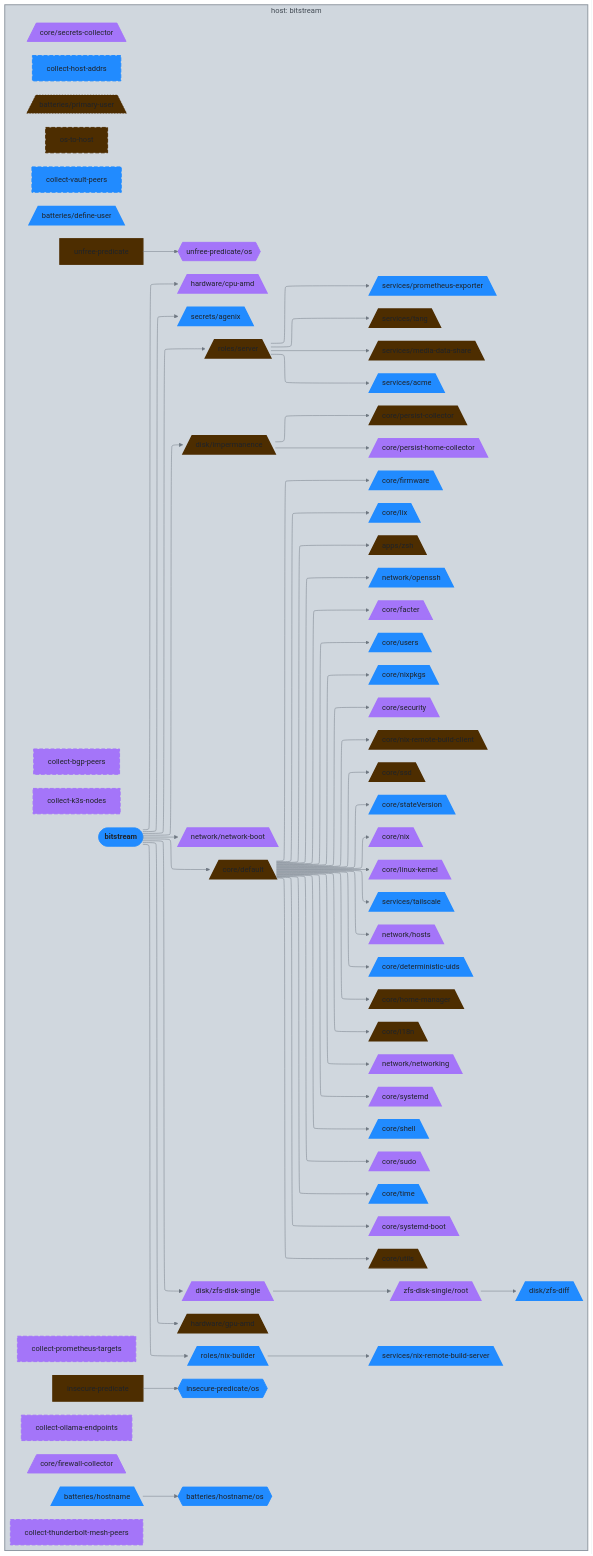
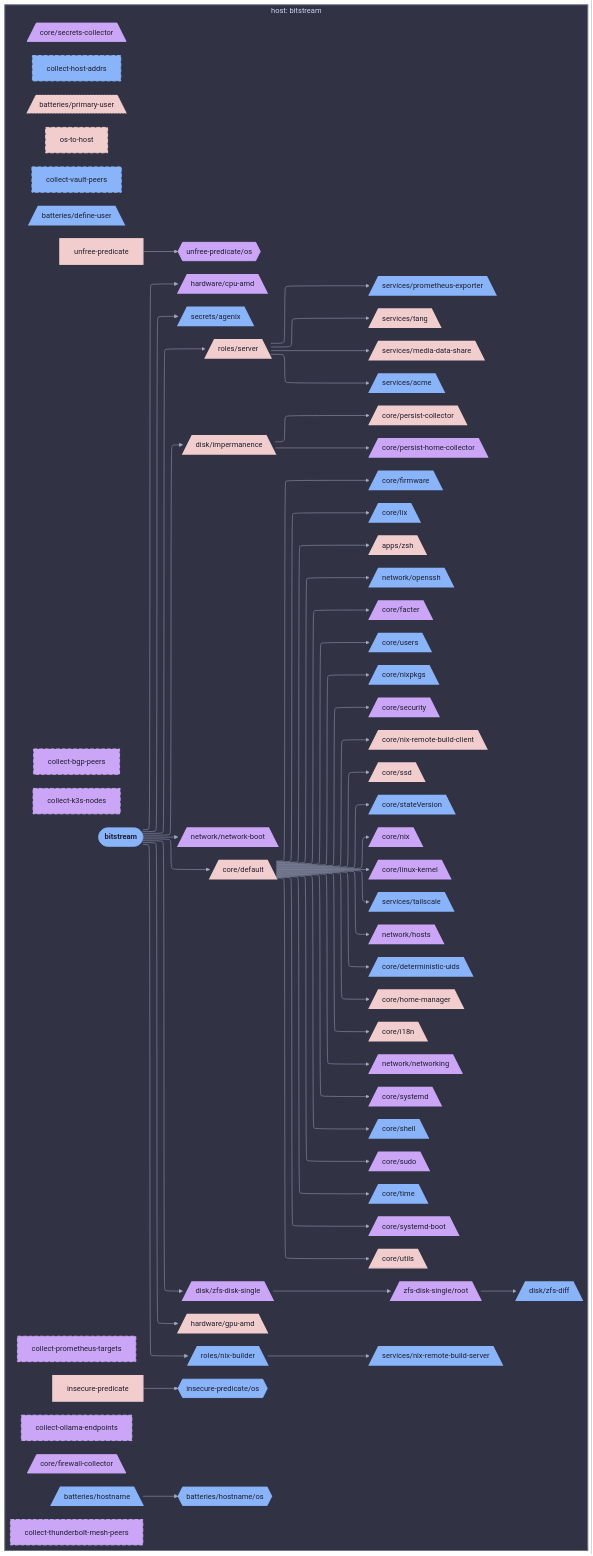
One commit to sini/nix-config changed the diagram in diagrams/hosts/bitstream/aspects.md. Above: the diagram before and after it, drawn with Mermaid. The commit also changed 142 other files, not shown here.

First line of the commit message:
feat(diagrams): use projectScope for per-host/user views

````diff
--- a/diagrams/hosts/bitstream/aspects.md
+++ b/diagrams/hosts/bitstream/aspects.md
@@ -5,5 +5,5 @@
 ```mermaid
-%%{init: {"elk":{"mergeEdges":true,"nodePlacementStrategy":"BRANDES_KOEPF"},"flowchart":{"wrappingWidth":600},"layout":"elk","theme":"base","themeVariables":{"activationBkgColor":"#d0d7de","activationBorderColor":"#8c959f","actorBkg":"#d0d7de","actorBorder":"#6e7781","actorLineColor":"#6e7781","actorTextColor":"#424a53","background":"#eaeef2","classText":"#424a53","clusterBkg":"#d0d7de","clusterBorder":"#8c959f","edgeLabelBackground":"#eaeef2","labelBoxBkgColor":"#d0d7de","labelBoxBorderColor":"#6e7781","labelTextColor":"#424a53","lineColor":"#6e7781","loopTextColor":"#424a53","mainBkg":"#d0d7de","nodeBkg":"#d0d7de","nodeBorder":"#6e7781","nodeTextColor":"#424a53","noteBkgColor":"#d0d7de","noteBorderColor":"#8c959f","noteTextColor":"#424a53","pie1":"#fa4549","pie2":"#e16f24","pie3":"#bf8700","pie4":"#2da44e","pie5":"#339D9B","pie6":"#218bff","pie7":"#a475f9","pie8":"#4d2d00","pieLegendTextColor":"#424a53","pieOuterStrokeColor":"#8c959f","pieSectionTextColor":"#424a53","pieStrokeColor":"#8c959f","pieTitleTextColor":"#424a53","primaryBorderColor":"#6e7781","primaryColor":"#d0d7de","primaryTextColor":"#424a53","secondBkg":"#d0d7de","secondaryBorderColor":"#8c959f","secondaryColor":"#d0d7de","secondaryTextColor":"#424a53","sequenceNumberColor":"#eaeef2","signalColor":"#6e7781","signalTextColor":"#424a53","tertiaryBorderColor":"#8c959f","tertiaryColor":"#d0d7de","tertiaryTextColor":"#424a53","textColor":"#424a53","titleColor":"#424a53"}}}%%
+%%{init: {"elk":{"mergeEdges":true,"nodePlacementStrategy":"BRANDES_KOEPF"},"flowchart":{"wrappingWidth":600},"layout":"elk","theme":"base","themeVariables":{"activationBkgColor":"#313244","activationBorderColor":"#6c7086","actorBkg":"#313244","actorBorder":"#a6adc8","actorLineColor":"#a6adc8","actorTextColor":"#cdd6f4","background":"#1e1e2e","classText":"#cdd6f4","clusterBkg":"#313244","clusterBorder":"#6c7086","edgeLabelBackground":"#1e1e2e","labelBoxBkgColor":"#313244","labelBoxBorderColor":"#a6adc8","labelTextColor":"#cdd6f4","lineColor":"#a6adc8","loopTextColor":"#cdd6f4","mainBkg":"#313244","nodeBkg":"#313244","nodeBorder":"#a6adc8","nodeTextColor":"#cdd6f4","noteBkgColor":"#313244","noteBorderColor":"#6c7086","noteTextColor":"#cdd6f4","pie1":"#f38ba8","pie2":"#fab387","pie3":"#f9e2af","pie4":"#a6e3a1","pie5":"#94e2d5","pie6":"#89b4fa","pie7":"#cba6f7","pie8":"#f2cdcd","pieLegendTextColor":"#cdd6f4","pieOuterStrokeColor":"#6c7086","pieSectionTextColor":"#cdd6f4","pieStrokeColor":"#6c7086","pieTitleTextColor":"#cdd6f4","primaryBorderColor":"#a6adc8","primaryColor":"#313244","primaryTextColor":"#cdd6f4","secondBkg":"#313244","secondaryBorderColor":"#6c7086","secondaryColor":"#313244","secondaryTextColor":"#cdd6f4","sequenceNumberColor":"#1e1e2e","signalColor":"#a6adc8","signalTextColor":"#cdd6f4","tertiaryBorderColor":"#6c7086","tertiaryColor":"#313244","tertiaryTextColor":"#cdd6f4","textColor":"#cdd6f4","titleColor":"#cdd6f4"}}}%%
 graph LR
   bitstream([bitstream]):::root
 
@@ -118,76 +118,76 @@
   end
 
 
-  classDef root fill:#218bff,stroke:#218bff,color:#1f2328,font-weight:bold
-  classDef services__acme_c fill:#218bff,stroke:#218bff,color:#1f2328,stroke-width:3px
-  classDef secrets__agenix_c fill:#218bff,stroke:#218bff,color:#1f2328,stroke-width:3px
-  classDef apps_c fill:#2da44e,stroke:#2da44e,color:#1f2328,stroke-dasharray: 3 3,stroke-width:1px
-  classDef bitstream_c fill:#a475f9,stroke:#a475f9,color:#1f2328,stroke-width:3px
-  classDef collect_bgp_peers_c fill:#a475f9,stroke:#a475f9,color:#1f2328,stroke-width:2px,stroke-dasharray: 8 4
-  classDef collect_host_addrs_c fill:#218bff,stroke:#218bff,color:#1f2328,stroke-width:2px,stroke-dasharray: 8 4
-  classDef collect_k3s_nodes_c fill:#a475f9,stroke:#a475f9,color:#1f2328,stroke-width:2px,stroke-dasharray: 8 4
-  classDef collect_ollama_endpoints_c fill:#a475f9,stroke:#a475f9,color:#1f2328,stroke-width:2px,stroke-dasharray: 8 4
-  classDef collect_prometheus_targets_c fill:#a475f9,stroke:#a475f9,color:#1f2328,stroke-width:2px,stroke-dasharray: 8 4
-  classDef collect_thunderbolt_mesh_peers_c fill:#a475f9,stroke:#a475f9,color:#1f2328,stroke-width:2px,stroke-dasharray: 8 4
-  classDef collect_vault_peers_c fill:#218bff,stroke:#218bff,color:#1f2328,stroke-width:2px,stroke-dasharray: 8 4
-  classDef core_c fill:#bf8700,stroke:#bf8700,color:#1f2328,stroke-dasharray: 3 3,stroke-width:1px
-  classDef hardware__cpu_amd_c fill:#a475f9,stroke:#a475f9,color:#1f2328,stroke-width:3px
-  classDef core__default_c fill:#4d2d00,stroke:#4d2d00,color:#1f2328,stroke-width:3px
-  classDef den__batteries__define_user_c fill:#218bff,stroke:#218bff,color:#1f2328,stroke-width:3px
-  classDef core__deterministic_uids_c fill:#218bff,stroke:#218bff,color:#1f2328,stroke-width:3px
-  classDef disk_c fill:#2da44e,stroke:#2da44e,color:#1f2328,stroke-dasharray: 3 3,stroke-width:1px
-  classDef core__facter_c fill:#a475f9,stroke:#a475f9,color:#1f2328,stroke-width:3px
-  classDef core__firewall_collector_c fill:#a475f9,stroke:#a475f9,color:#1f2328,stroke-width:2px
-  classDef core__firmware_c fill:#218bff,stroke:#218bff,color:#1f2328,stroke-width:3px
-  classDef hardware__gpu_amd_c fill:#4d2d00,stroke:#4d2d00,color:#1f2328,stroke-width:3px
-  classDef hardware_c fill:#2da44e,stroke:#2da44e,color:#1f2328,stroke-dasharray: 3 3,stroke-width:1px
-  classDef core__home_manager_c fill:#4d2d00,stroke:#4d2d00,color:#1f2328,stroke-width:3px
-  classDef den__batteries__hostname_c fill:#218bff,stroke:#218bff,color:#1f2328,stroke-width:3px
-  classDef den__batteries__hostname__os_c fill:#218bff,stroke:#218bff,color:#1f2328,stroke-width:2px
-  classDef network__hosts_c fill:#a475f9,stroke:#a475f9,color:#1f2328,stroke-width:3px
-  classDef core__i18n_c fill:#4d2d00,stroke:#4d2d00,color:#1f2328,stroke-width:3px
-  classDef disk__impermanence_c fill:#4d2d00,stroke:#4d2d00,color:#1f2328,stroke-width:3px
-  classDef insecure_predicate_c fill:#4d2d00,stroke:#4d2d00,color:#1f2328,stroke-width:3px
-  classDef insecure_predicate__os_c fill:#218bff,stroke:#218bff,color:#1f2328,stroke-width:2px
-  classDef core__linux_kernel_c fill:#a475f9,stroke:#a475f9,color:#1f2328,stroke-width:3px
-  classDef core__lix_c fill:#218bff,stroke:#218bff,color:#1f2328,stroke-width:3px
-  classDef services__media_data_share_c fill:#4d2d00,stroke:#4d2d00,color:#1f2328,stroke-width:3px
-  classDef network_c fill:#e16f24,stroke:#e16f24,color:#1f2328,stroke-dasharray: 3 3,stroke-width:1px
-  classDef network__network_boot_c fill:#a475f9,stroke:#a475f9,color:#1f2328,stroke-width:3px
-  classDef network__networking_c fill:#a475f9,stroke:#a475f9,color:#1f2328,stroke-width:3px
-  classDef core__nix_c fill:#a475f9,stroke:#a475f9,color:#1f2328,stroke-width:3px
-  classDef roles__nix_builder_c fill:#218bff,stroke:#218bff,color:#1f2328,stroke-width:3px
-  classDef core__nix_remote_build_client_c fill:#4d2d00,stroke:#4d2d00,color:#1f2328,stroke-width:3px
-  classDef services__nix_remote_build_server_c fill:#218bff,stroke:#218bff,color:#1f2328,stroke-width:3px
-  classDef core__nixpkgs_c fill:#218bff,stroke:#218bff,color:#1f2328,stroke-width:3px
-  classDef network__openssh_c fill:#218bff,stroke:#218bff,color:#1f2328,stroke-width:3px
-  classDef os_to_host_c fill:#4d2d00,stroke:#4d2d00,color:#1f2328,stroke-width:2px,stroke-dasharray: 8 4
-  classDef core__persist_collector_c fill:#4d2d00,stroke:#4d2d00,color:#1f2328,stroke-width:3px
-  classDef core__persist_home_collector_c fill:#a475f9,stroke:#a475f9,color:#1f2328,stroke-width:3px
-  classDef den__batteries__primary_user_c fill:#4d2d00,stroke:#4d2d00,color:#1f2328,stroke-dasharray: 3 3,stroke-width:1px
-  classDef services__prometheus_exporter_c fill:#218bff,stroke:#218bff,color:#1f2328,stroke-width:3px
-  classDef roles_c fill:#2da44e,stroke:#2da44e,color:#1f2328,stroke-dasharray: 3 3,stroke-width:1px
-  classDef disk__zfs_disk_single__root_c fill:#a475f9,stroke:#a475f9,color:#1f2328,stroke-width:3px
-  classDef secrets_c fill:#bf8700,stroke:#bf8700,color:#1f2328,stroke-dasharray: 3 3,stroke-width:1px
-  classDef core__secrets_collector_c fill:#a475f9,stroke:#a475f9,color:#1f2328,stroke-width:2px
-  classDef core__security_c fill:#a475f9,stroke:#a475f9,color:#1f2328,stroke-width:3px
-  classDef roles__server_c fill:#4d2d00,stroke:#4d2d00,color:#1f2328,stroke-width:3px
-  classDef services_c fill:#2da44e,stroke:#2da44e,color:#1f2328,stroke-dasharray: 3 3,stroke-width:1px
-  classDef core__shell_c fill:#218bff,stroke:#218bff,color:#1f2328,stroke-width:3px
-  classDef core__ssd_c fill:#4d2d00,stroke:#4d2d00,color:#1f2328,stroke-width:3px
-  classDef core__stateVersion_c fill:#218bff,stroke:#218bff,color:#1f2328,stroke-width:3px
-  classDef core__sudo_c fill:#a475f9,stroke:#a475f9,color:#1f2328,stroke-width:3px
-  classDef core__systemd_c fill:#a475f9,stroke:#a475f9,color:#1f2328,stroke-width:3px
-  classDef core__systemd_boot_c fill:#a475f9,stroke:#a475f9,color:#1f2328,stroke-width:3px
-  classDef services__tailscale_c fill:#218bff,stroke:#218bff,color:#1f2328,stroke-width:3px
-  classDef services__tang_c fill:#4d2d00,stroke:#4d2d00,color:#1f2328,stroke-width:3px
-  classDef core__time_c fill:#218bff,stroke:#218bff,color:#1f2328,stroke-width:3px
-  classDef unfree_predicate_c fill:#4d2d00,stroke:#4d2d00,color:#1f2328,stroke-width:3px
-  classDef unfree_predicate__os_c fill:#a475f9,stroke:#a475f9,color:#1f2328,stroke-width:2px
-  classDef core__users_c fill:#218bff,stroke:#218bff,color:#1f2328,stroke-width:3px
-  classDef core__utils_c fill:#4d2d00,stroke:#4d2d00,color:#1f2328,stroke-width:3px
-  classDef disk__zfs_diff_c fill:#218bff,stroke:#218bff,color:#1f2328,stroke-width:3px
-  classDef disk__zfs_disk_single_c fill:#a475f9,stroke:#a475f9,color:#1f2328,stroke-width:3px
-  classDef apps__zsh_c fill:#4d2d00,stroke:#4d2d00,color:#1f2328,stroke-width:3px
-style ctx_host_bitstream fill:#d0d7de,stroke:#8c959f,stroke-width:2px
+  classDef root fill:#89b4fa,stroke:#89b4fa,color:#1e1e2e,font-weight:bold
+  classDef services__acme_c fill:#89b4fa,stroke:#89b4fa,color:#1e1e2e,stroke-width:3px
+  classDef secrets__agenix_c fill:#89b4fa,stroke:#89b4fa,color:#1e1e2e,stroke-width:3px
+  classDef apps_c fill:#a6e3a1,stroke:#a6e3a1,color:#1e1e2e,stroke-dasharray: 3 3,stroke-width:1px
+  classDef bitstream_c fill:#cba6f7,stroke:#cba6f7,color:#1e1e2e,stroke-width:3px
+  classDef collect_bgp_peers_c fill:#cba6f7,stroke:#cba6f7,color:#1e1e2e,stroke-width:2px,stroke-dasharray: 8 4
+  classDef collect_host_addrs_c fill:#89b4fa,stroke:#89b4fa,color:#1e1e2e,stroke-width:2px,stroke-dasharray: 8 4
+  classDef collect_k3s_nodes_c fill:#cba6f7,stroke:#cba6f7,color:#1e1e2e,stroke-width:2px,stroke-dasharray: 8 4
+  classDef collect_ollama_endpoints_c fill:#cba6f7,stroke:#cba6f7,color:#1e1e2e,stroke-width:2px,stroke-dasharray: 8 4
+  classDef collect_prometheus_targets_c fill:#cba6f7,stroke:#cba6f7,color:#1e1e2e,stroke-width:2px,stroke-dasharray: 8 4
+  classDef collect_thunderbolt_mesh_peers_c fill:#cba6f7,stroke:#cba6f7,color:#1e1e2e,stroke-width:2px,stroke-dasharray: 8 4
+  classDef collect_vault_peers_c fill:#89b4fa,stroke:#89b4fa,color:#1e1e2e,stroke-width:2px,stroke-dasharray: 8 4
+  classDef core_c fill:#f9e2af,stroke:#f9e2af,color:#1e1e2e,stroke-dasharray: 3 3,stroke-width:1px
+  classDef hardware__cpu_amd_c fill:#cba6f7,stroke:#cba6f7,color:#1e1e2e,stroke-width:3px
+  classDef core__default_c fill:#f2cdcd,stroke:#f2cdcd,color:#1e1e2e,stroke-width:3px
+  classDef den__batteries__define_user_c fill:#89b4fa,stroke:#89b4fa,color:#1e1e2e,stroke-width:3px
+  classDef core__deterministic_uids_c fill:#89b4fa,stroke:#89b4fa,color:#1e1e2e,stroke-width:3px
+  classDef disk_c fill:#a6e3a1,stroke:#a6e3a1,color:#1e1e2e,stroke-dasharray: 3 3,stroke-width:1px
+  classDef core__facter_c fill:#cba6f7,stroke:#cba6f7,color:#1e1e2e,stroke-width:3px
+  classDef core__firewall_collector_c fill:#cba6f7,stroke:#cba6f7,color:#1e1e2e,stroke-width:2px
+  classDef core__firmware_c fill:#89b4fa,stroke:#89b4fa,color:#1e1e2e,stroke-width:3px
+  classDef hardware__gpu_amd_c fill:#f2cdcd,stroke:#f2cdcd,color:#1e1e2e,stroke-width:3px
+  classDef hardware_c fill:#a6e3a1,stroke:#a6e3a1,color:#1e1e2e,stroke-dasharray: 3 3,stroke-width:1px
+  classDef core__home_manager_c fill:#f2cdcd,stroke:#f2cdcd,color:#1e1e2e,stroke-width:3px
+  classDef den__batteries__hostname_c fill:#89b4fa,stroke:#89b4fa,color:#1e1e2e,stroke-width:3px
+  classDef den__batteries__hostname__os_c fill:#89b4fa,stroke:#89b4fa,color:#1e1e2e,stroke-width:2px
+  classDef network__hosts_c fill:#cba6f7,stroke:#cba6f7,color:#1e1e2e,stroke-width:3px
+  classDef core__i18n_c fill:#f2cdcd,stroke:#f2cdcd,color:#1e1e2e,stroke-width:3px
+  classDef disk__impermanence_c fill:#f2cdcd,stroke:#f2cdcd,color:#1e1e2e,stroke-width:3px
+  classDef insecure_predicate_c fill:#f2cdcd,stroke:#f2cdcd,color:#1e1e2e,stroke-width:3px
+  classDef insecure_predicate__os_c fill:#89b4fa,stroke:#89b4fa,color:#1e1e2e,stroke-width:2px
+  classDef core__linux_kernel_c fill:#cba6f7,stroke:#cba6f7,color:#1e1e2e,stroke-width:3px
+  classDef core__lix_c fill:#89b4fa,stroke:#89b4fa,color:#1e1e2e,stroke-width:3px
+  classDef services__media_data_share_c fill:#f2cdcd,stroke:#f2cdcd,color:#1e1e2e,stroke-width:3px
+  classDef network_c fill:#fab387,stroke:#fab387,color:#1e1e2e,stroke-dasharray: 3 3,stroke-width:1px
+  classDef network__network_boot_c fill:#cba6f7,stroke:#cba6f7,color:#1e1e2e,stroke-width:3px
+  classDef network__networking_c fill:#cba6f7,stroke:#cba6f7,color:#1e1e2e,stroke-width:3px
+  classDef core__nix_c fill:#cba6f7,stroke:#cba6f7,color:#1e1e2e,stroke-width:3px
+  classDef roles__nix_builder_c fill:#89b4fa,stroke:#89b4fa,color:#1e1e2e,stroke-width:3px
+  classDef core__nix_remote_build_client_c fill:#f2cdcd,stroke:#f2cdcd,color:#1e1e2e,stroke-width:3px
+  classDef services__nix_remote_build_server_c fill:#89b4fa,stroke:#89b4fa,color:#1e1e2e,stroke-width:3px
+  classDef core__nixpkgs_c fill:#89b4fa,stroke:#89b4fa,color:#1e1e2e,stroke-width:3px
+  classDef network__openssh_c fill:#89b4fa,stroke:#89b4fa,color:#1e1e2e,stroke-width:3px
+  classDef os_to_host_c fill:#f2cdcd,stroke:#f2cdcd,color:#1e1e2e,stroke-width:2px,stroke-dasharray: 8 4
+  classDef core__persist_collector_c fill:#f2cdcd,stroke:#f2cdcd,color:#1e1e2e,stroke-width:3px
+  classDef core__persist_home_collector_c fill:#cba6f7,stroke:#cba6f7,color:#1e1e2e,stroke-width:3px
+  classDef den__batteries__primary_user_c fill:#f2cdcd,stroke:#f2cdcd,color:#1e1e2e,stroke-dasharray: 3 3,stroke-width:1px
+  classDef services__prometheus_exporter_c fill:#89b4fa,stroke:#89b4fa,color:#1e1e2e,stroke-width:3px
+  classDef roles_c fill:#a6e3a1,stroke:#a6e3a1,color:#1e1e2e,stroke-dasharray: 3 3,stroke-width:1px
+  classDef disk__zfs_disk_single__root_c fill:#cba6f7,stroke:#cba6f7,color:#1e1e2e,stroke-width:3px
+  classDef secrets_c fill:#f9e2af,stroke:#f9e2af,color:#1e1e2e,stroke-dasharray: 3 3,stroke-width:1px
+  classDef core__secrets_collector_c fill:#cba6f7,stroke:#cba6f7,color:#1e1e2e,stroke-width:2px
+  classDef core__security_c fill:#cba6f7,stroke:#cba6f7,color:#1e1e2e,stroke-width:3px
+  classDef roles__server_c fill:#f2cdcd,stroke:#f2cdcd,color:#1e1e2e,stroke-width:3px
+  classDef services_c fill:#a6e3a1,stroke:#a6e3a1,color:#1e1e2e,stroke-dasharray: 3 3,stroke-width:1px
+  classDef core__shell_c fill:#89b4fa,stroke:#89b4fa,color:#1e1e2e,stroke-width:3px
+  classDef core__ssd_c fill:#f2cdcd,stroke:#f2cdcd,color:#1e1e2e,stroke-width:3px
+  classDef core__stateVersion_c fill:#89b4fa,stroke:#89b4fa,color:#1e1e2e,stroke-width:3px
+  classDef core__sudo_c fill:#cba6f7,stroke:#cba6f7,color:#1e1e2e,stroke-width:3px
+  classDef core__systemd_c fill:#cba6f7,stroke:#cba6f7,color:#1e1e2e,stroke-width:3px
+  classDef core__systemd_boot_c fill:#cba6f7,stroke:#cba6f7,color:#1e1e2e,stroke-width:3px
+  classDef services__tailscale_c fill:#89b4fa,stroke:#89b4fa,color:#1e1e2e,stroke-width:3px
+  classDef services__tang_c fill:#f2cdcd,stroke:#f2cdcd,color:#1e1e2e,stroke-width:3px
+  classDef core__time_c fill:#89b4fa,stroke:#89b4fa,color:#1e1e2e,stroke-width:3px
+  classDef unfree_predicate_c fill:#f2cdcd,stroke:#f2cdcd,color:#1e1e2e,stroke-width:3px
+  classDef unfree_predicate__os_c fill:#cba6f7,stroke:#cba6f7,color:#1e1e2e,stroke-width:2px
+  classDef core__users_c fill:#89b4fa,stroke:#89b4fa,color:#1e1e2e,stroke-width:3px
+  classDef core__utils_c fill:#f2cdcd,stroke:#f2cdcd,color:#1e1e2e,stroke-width:3px
+  classDef disk__zfs_diff_c fill:#89b4fa,stroke:#89b4fa,color:#1e1e2e,stroke-width:3px
+  classDef disk__zfs_disk_single_c fill:#cba6f7,stroke:#cba6f7,color:#1e1e2e,stroke-width:3px
+  classDef apps__zsh_c fill:#f2cdcd,stroke:#f2cdcd,color:#1e1e2e,stroke-width:3px
+style ctx_host_bitstream fill:#313244,stroke:#6c7086,stroke-width:2px
 ```
````
